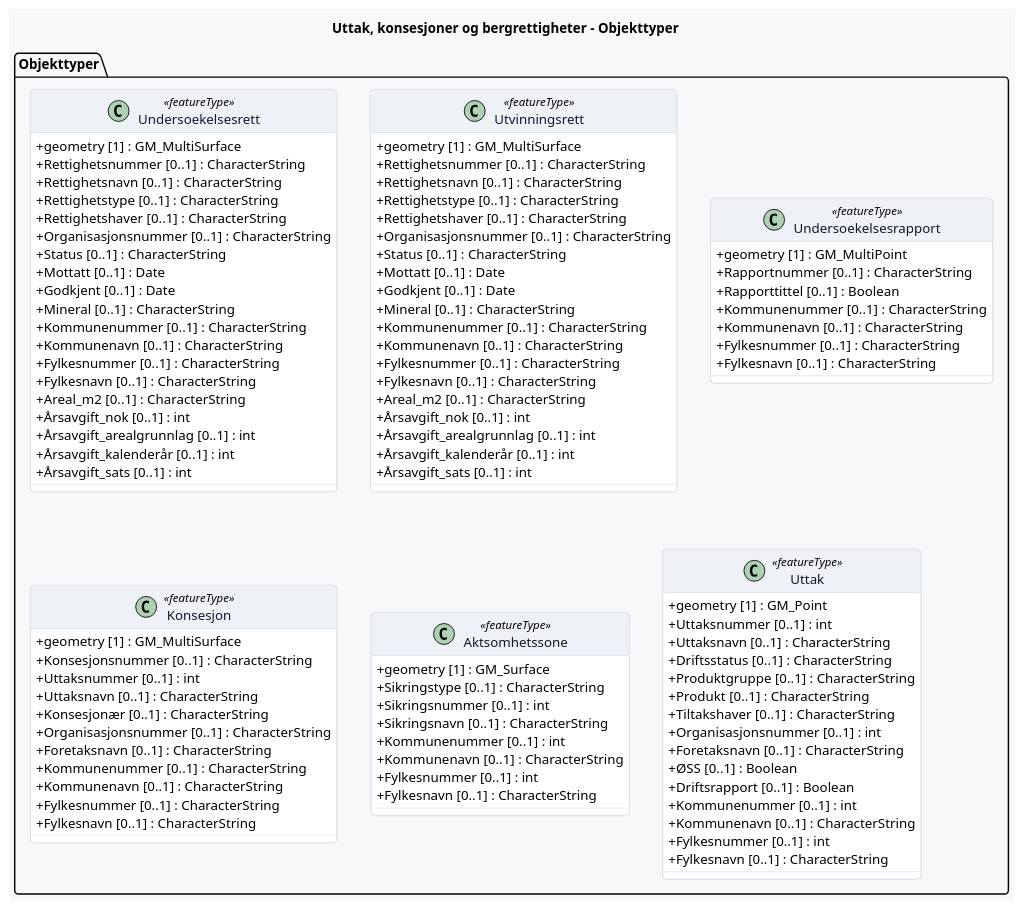
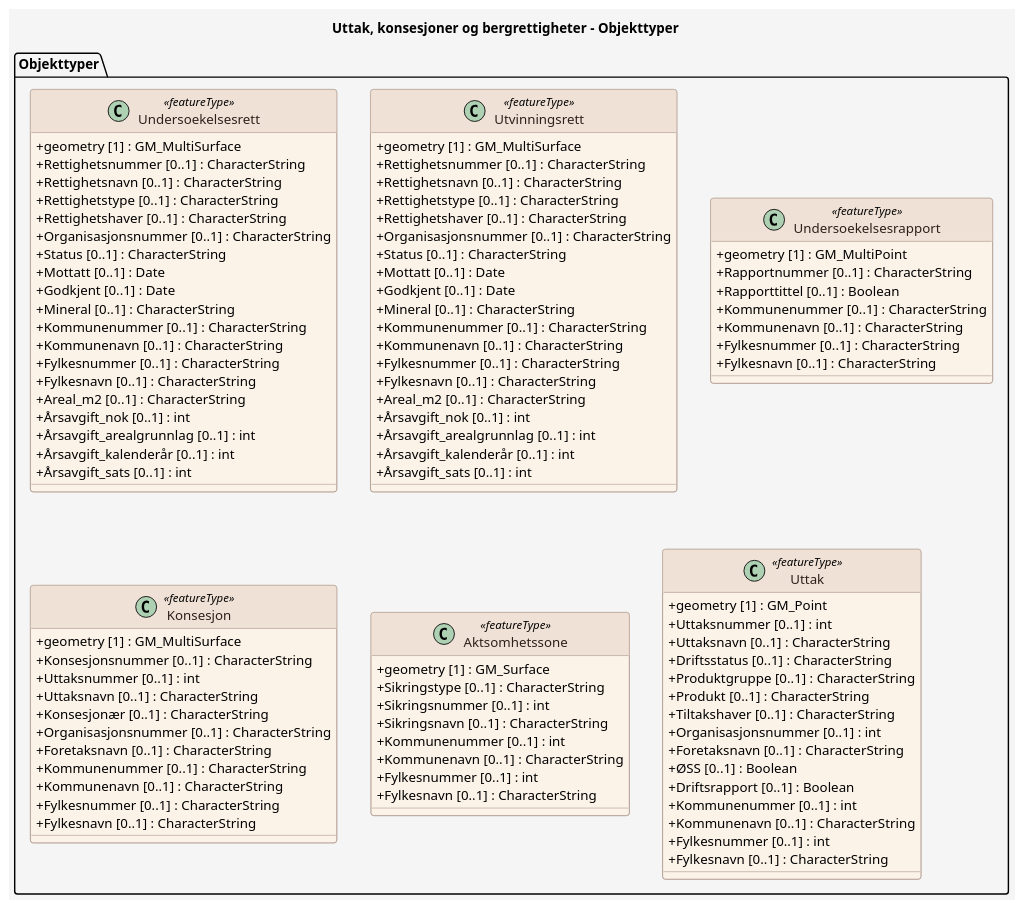
Before and after one commit to Arkitektum/produktspesifikasjon_dirmin: the diagram in produktspesifikasjon/uttak/uttak_feature_catalogue.puml, drawn with PlantUML. The commit also changed 1 other file, not shown here.

```diff
--- a/produktspesifikasjon/uttak/uttak_feature_catalogue.puml
+++ b/produktspesifikasjon/uttak/uttak_feature_catalogue.puml
@@ -1,120 +1,125 @@
 @startuml
 title Uttak, konsesjoner og bergrettigheter - Objekttyper
 
-skinparam backgroundColor #F7F8FA
+skinparam backgroundColor #F5F5F5
 skinparam shadowing false
-skinparam RoundCorner 8
-skinparam ArrowColor #94A3B8
+skinparam RoundCorner 6
+skinparam ArrowColor #6C8198
 skinparam class {
-  BackgroundColor #FFFFFF
-  BorderColor #CBD5E1
-  FontColor #0F172A
-  HeaderBackgroundColor #EEF2F7
-  HeaderFontColor #0F172A
+  BackgroundColor #FBF2E8
+  BorderColor #9C8578
+  FontColor #2D201A
+  HeaderBackgroundColor #EFE1D6
+  HeaderFontColor #2D201A
   AttributeIconSize 0
 }
-skinparam stereotypeCBackgroundColor #E2E8F0
-skinparam stereotypeCBorderColor #CBD5E1
-skinparam stereotypeCFontColor #0F172A
+skinparam note {
+  BackgroundColor #FFFFFF
+  BorderColor #6C8198
+  FontColor #2D201A
+}
+skinparam stereotypeCBackgroundColor #EAD9CE
+skinparam stereotypeCBorderColor #9C8578
+skinparam stereotypeCFontColor #2D201A
 
 package "Objekttyper" {
 
   class Undersoekelsesrett <<featureType>> {
     + geometry [1] : GM_MultiSurface
     + Rettighetsnummer [0..1] : CharacterString
     + Rettighetsnavn [0..1] : CharacterString
     + Rettighetstype [0..1] : CharacterString
     + Rettighetshaver [0..1] : CharacterString
     + Organisasjonsnummer [0..1] : CharacterString
     + Status [0..1] : CharacterString
     + Mottatt [0..1] : Date
     + Godkjent [0..1] : Date
     + Mineral [0..1] : CharacterString
     + Kommunenummer [0..1] : CharacterString
     + Kommunenavn [0..1] : CharacterString
     + Fylkesnummer [0..1] : CharacterString
     + Fylkesnavn [0..1] : CharacterString
     + Areal_m2 [0..1] : CharacterString
     + Årsavgift_nok [0..1] : int
     + Årsavgift_arealgrunnlag [0..1] : int
     + Årsavgift_kalenderår [0..1] : int
     + Årsavgift_sats [0..1] : int
   }
 
   class Utvinningsrett <<featureType>> {
     + geometry [1] : GM_MultiSurface
     + Rettighetsnummer [0..1] : CharacterString
     + Rettighetsnavn [0..1] : CharacterString
     + Rettighetstype [0..1] : CharacterString
     + Rettighetshaver [0..1] : CharacterString
     + Organisasjonsnummer [0..1] : CharacterString
     + Status [0..1] : CharacterString
     + Mottatt [0..1] : Date
     + Godkjent [0..1] : Date
     + Mineral [0..1] : CharacterString
     + Kommunenummer [0..1] : CharacterString
     + Kommunenavn [0..1] : CharacterString
     + Fylkesnummer [0..1] : CharacterString
     + Fylkesnavn [0..1] : CharacterString
     + Areal_m2 [0..1] : CharacterString
     + Årsavgift_nok [0..1] : int
     + Årsavgift_arealgrunnlag [0..1] : int
     + Årsavgift_kalenderår [0..1] : int
     + Årsavgift_sats [0..1] : int
   }
 
   class Undersoekelsesrapport <<featureType>> {
     + geometry [1] : GM_MultiPoint
     + Rapportnummer [0..1] : CharacterString
     + Rapporttittel [0..1] : Boolean
     + Kommunenummer [0..1] : CharacterString
     + Kommunenavn [0..1] : CharacterString
     + Fylkesnummer [0..1] : CharacterString
     + Fylkesnavn [0..1] : CharacterString
   }
 
   class Konsesjon <<featureType>> {
     + geometry [1] : GM_MultiSurface
     + Konsesjonsnummer [0..1] : CharacterString
     + Uttaksnummer [0..1] : int
     + Uttaksnavn [0..1] : CharacterString
     + Konsesjonær [0..1] : CharacterString
     + Organisasjonsnummer [0..1] : CharacterString
     + Foretaksnavn [0..1] : CharacterString
     + Kommunenummer [0..1] : CharacterString
     + Kommunenavn [0..1] : CharacterString
     + Fylkesnummer [0..1] : CharacterString
     + Fylkesnavn [0..1] : CharacterString
   }
 
   class Aktsomhetssone <<featureType>> {
     + geometry [1] : GM_Surface
     + Sikringstype [0..1] : CharacterString
     + Sikringsnummer [0..1] : int
     + Sikringsnavn [0..1] : CharacterString
     + Kommunenummer [0..1] : int
     + Kommunenavn [0..1] : CharacterString
     + Fylkesnummer [0..1] : int
     + Fylkesnavn [0..1] : CharacterString
   }
 
   class Uttak <<featureType>> {
     + geometry [1] : GM_Point
     + Uttaksnummer [0..1] : int
     + Uttaksnavn [0..1] : CharacterString
     + Driftsstatus [0..1] : CharacterString
     + Produktgruppe [0..1] : CharacterString
     + Produkt [0..1] : CharacterString
     + Tiltakshaver [0..1] : CharacterString
     + Organisasjonsnummer [0..1] : int
     + Foretaksnavn [0..1] : CharacterString
     + ØSS [0..1] : Boolean
     + Driftsrapport [0..1] : Boolean
     + Kommunenummer [0..1] : int
     + Kommunenavn [0..1] : CharacterString
     + Fylkesnummer [0..1] : int
     + Fylkesnavn [0..1] : CharacterString
   }
 }
 
 @enduml
```
